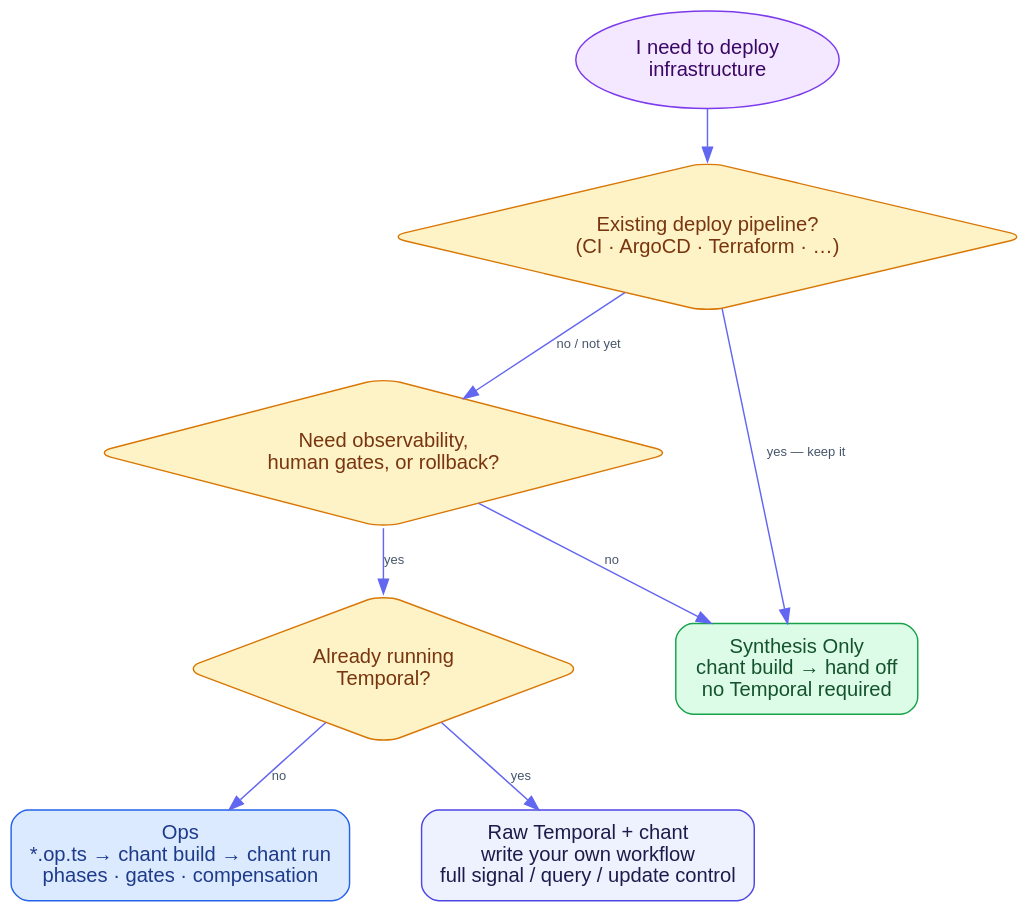
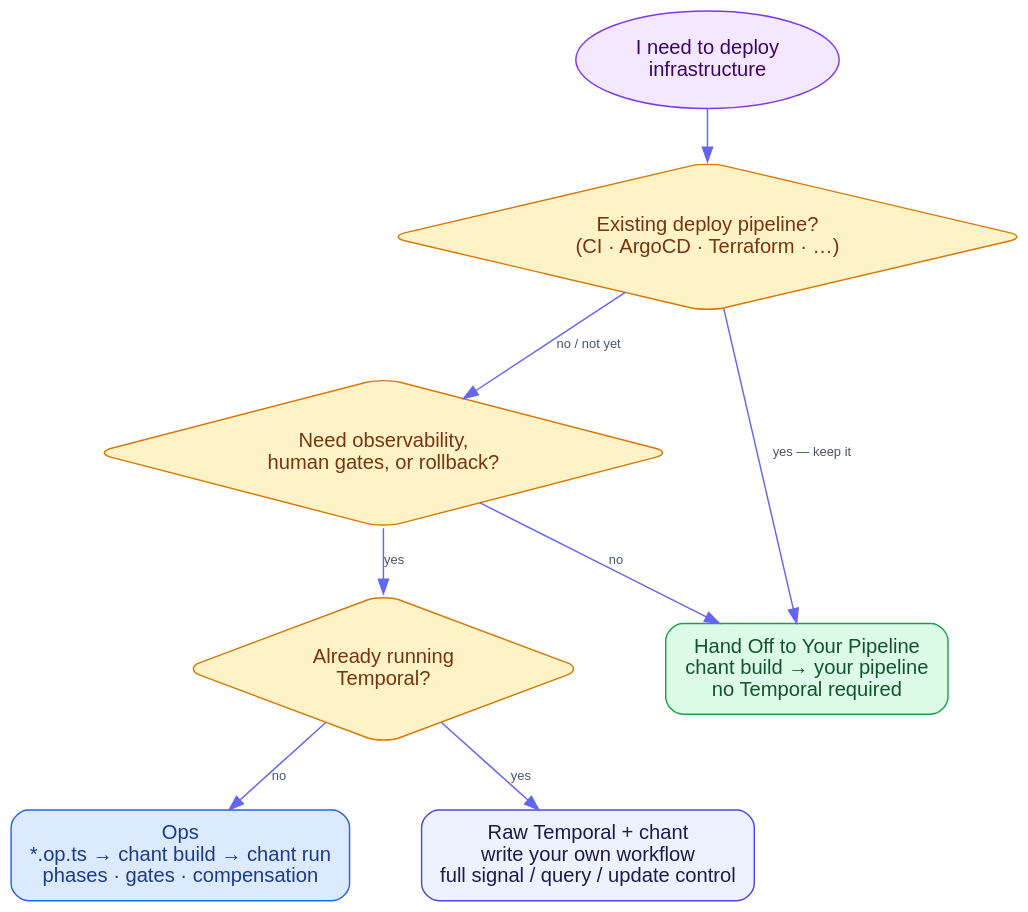
One commit to INTENTIUS/chant changed the diagram in docs/diagrams/deployment-paths.dot. Above: the diagram before and after it, drawn with Graphviz. The commit also changed 10 other files, not shown here.

First line of the commit message:
docs: lead with the lifecycle — retire the "synthesis only" framing (#756)

```diff
--- a/docs/diagrams/deployment-paths.dot
+++ b/docs/diagrams/deployment-paths.dot
@@ -1,35 +1,35 @@
 digraph deployment_paths {
   rankdir=TB
   graph [fontname="Helvetica,Arial,sans-serif" bgcolor="transparent" pad="0.5" ranksep="0.5" nodesep="0.7"]
   node  [fontname="Helvetica,Arial,sans-serif" shape=box style="filled,rounded" margin="0.22,0.12"]
   edge  [fontname="Helvetica,Arial,sans-serif" fontsize=9 fontcolor="#475569" color="#6366F1"]
 
   start [label="I need to deploy\ninfrastructure"
          shape=oval fillcolor="#F3E8FF" color="#7C3AED" fontcolor="#3B0764"]
 
   q1 [label="Existing deploy pipeline?\n(CI · ArgoCD · Terraform · …)"
       shape=diamond fillcolor="#FEF3C7" color="#D97706" fontcolor="#78350F" margin="0.3,0.15"]
 
   q2 [label="Need observability,\nhuman gates, or rollback?"
       shape=diamond fillcolor="#FEF3C7" color="#D97706" fontcolor="#78350F" margin="0.3,0.15"]
 
   q3 [label="Already running\nTemporal?"
       shape=diamond fillcolor="#FEF3C7" color="#D97706" fontcolor="#78350F" margin="0.3,0.15"]
 
-  synth [label="Synthesis Only\nchant build → hand off\nno Temporal required"
+  synth [label="Hand Off to Your Pipeline\nchant build → your pipeline\nno Temporal required"
          fillcolor="#DCFCE7" color="#16A34A" fontcolor="#14532D"]
 
   ops   [label="Ops\n*.op.ts → chant build → chant run\nphases · gates · compensation"
          fillcolor="#DBEAFE" color="#2563EB" fontcolor="#1E3A8A"]
 
   raw   [label="Raw Temporal + chant\nwrite your own workflow\nfull signal / query / update control"
          fillcolor="#EEF2FF" color="#4F46E5" fontcolor="#1E1B4B"]
 
   start -> q1
   q1 -> synth [label="yes — keep it"]
   q1 -> q2    [label="no / not yet"]
   q2 -> synth [label="no"]
   q2 -> q3    [label="yes"]
   q3 -> raw   [label="yes"]
   q3 -> ops   [label="no"]
 }
```
